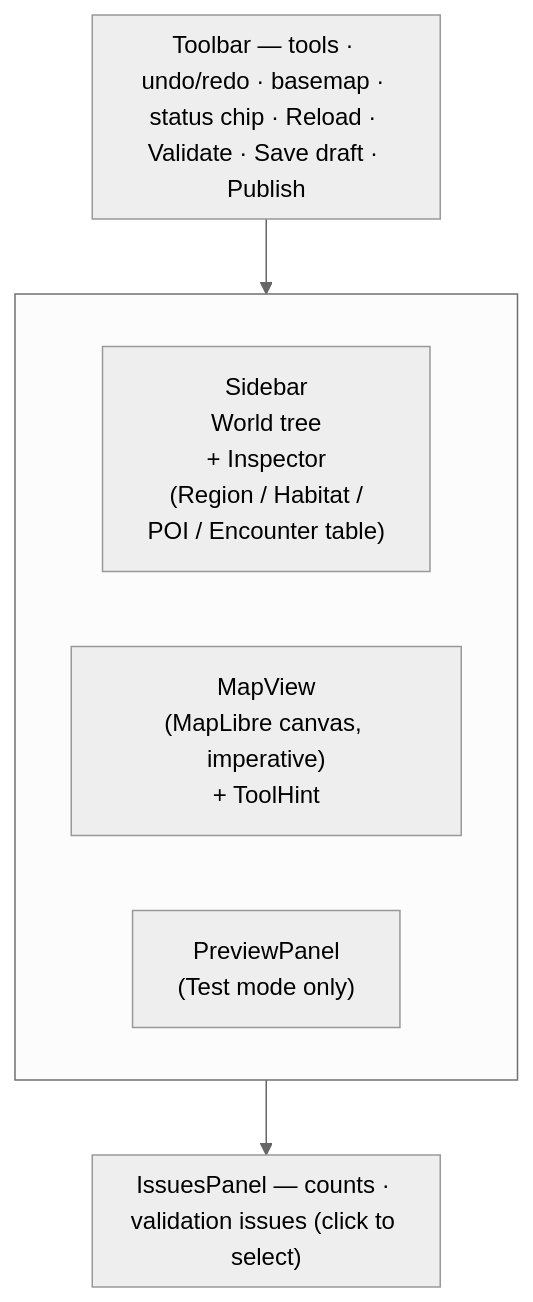
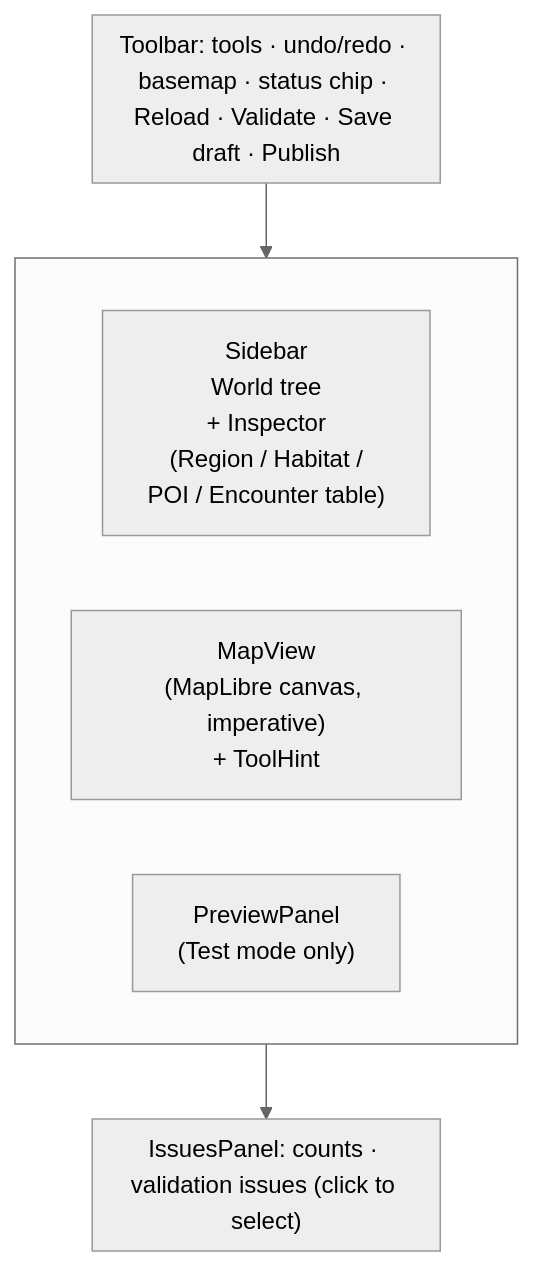
One commit to samceracas/wildbound changed the second of 6 diagrams in docs/05-map-editor.md. Above: the diagram before and after it, drawn with Mermaid (neutral theme). The commit also changed other lines of this file and 6 other files, not shown here.

````diff
--- a/docs/05-map-editor.md
+++ b/docs/05-map-editor.md
@@ -60,14 +65,14 @@
 ```mermaid
 flowchart TB
-    subgraph top["Toolbar — tools · undo/redo · basemap · status chip · Reload · Validate · Save draft · Publish"]
+    subgraph top["Toolbar: tools · undo/redo · basemap · status chip · Reload · Validate · Save draft · Publish"]
     end
     subgraph mid[" "]
         direction LR
         side["Sidebar<br/>World tree<br/>+ Inspector<br/>(Region / Habitat /<br/>POI / Encounter table)"]
         map["MapView<br/>(MapLibre canvas, imperative)<br/>+ ToolHint"]
         prev["PreviewPanel<br/>(Test mode only)"]
     end
-    subgraph bottom["IssuesPanel — counts · validation issues (click to select)"]
+    subgraph bottom["IssuesPanel: counts · validation issues (click to select)"]
     end
     top --> mid --> bottom
 ```
````
